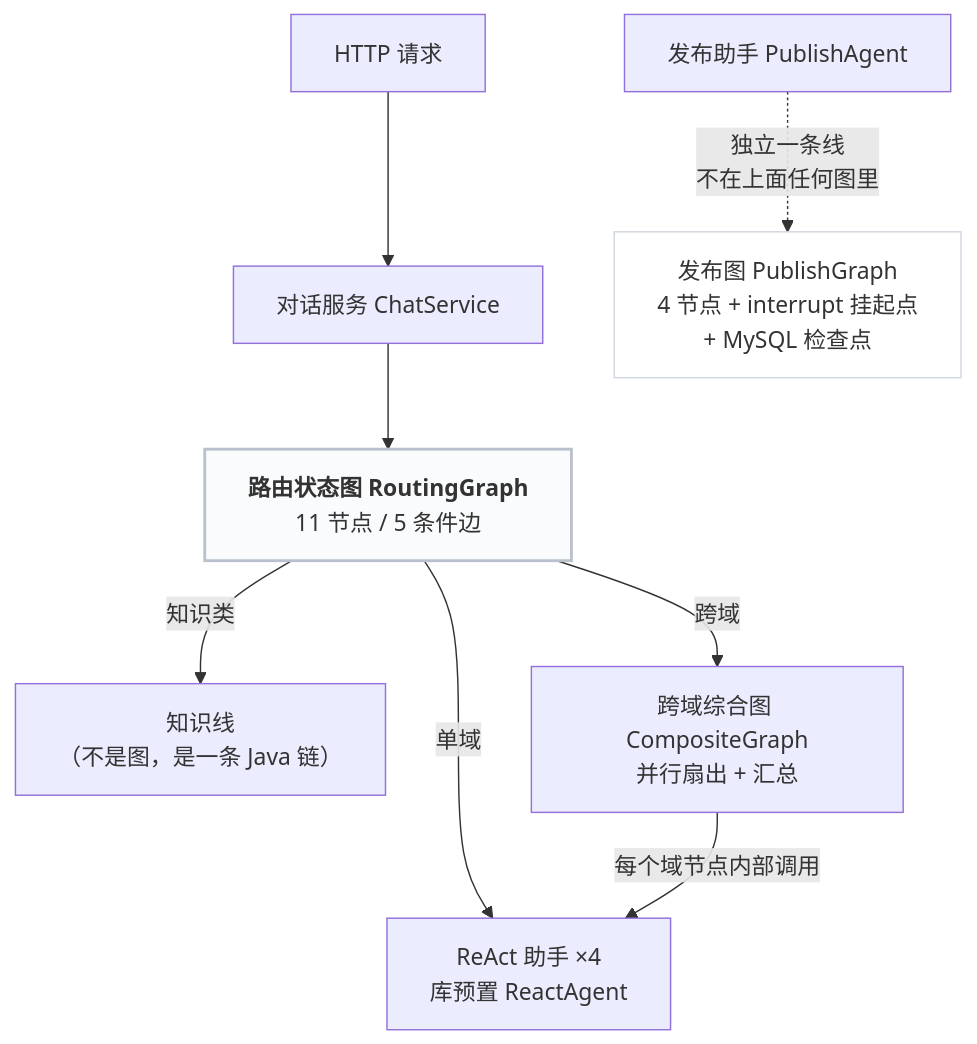
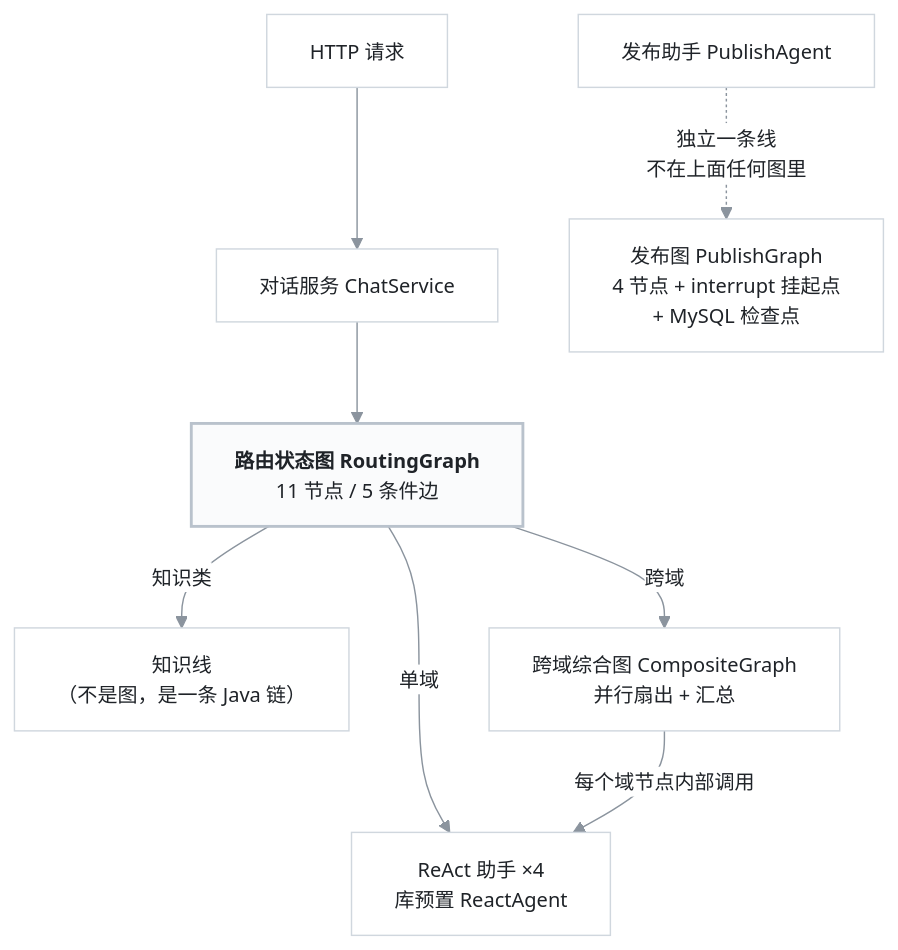
The third of 5 diagrams in docs/架构图.md (Melody022/Helper-agent), drawn with Mermaid before and after one commit. The commit also changed other lines of this file and 1 other file, not shown here.

First line of the commit message:
修 Mermaid 黑底黑字：主题写死成浅色 + 显式指定文字颜色

````diff
--- a/docs/架构图.md
+++ b/docs/架构图.md
@@ -119,17 +121,18 @@
 ```mermaid
+%%{init: {'theme':'base','themeVariables':{'primaryColor':'#ffffff','primaryTextColor':'#1f2328','primaryBorderColor':'#d0d7de','lineColor':'#8b949e','secondaryColor':'#ffffff','tertiaryColor':'#ffffff','textColor':'#1f2328','fontSize':'14px'}}}%%
 flowchart TD
     HTTP["HTTP 请求"] --> CS["对话服务 ChatService"]
     CS --> RG["<b>路由状态图 RoutingGraph</b><br/>11 节点 / 5 条件边"]
 
     RG -->|"知识类"| KL["知识线<br/>（不是图，是一条 Java 链）"]
     RG -->|"跨域"| CG["跨域综合图 CompositeGraph<br/>并行扇出 + 汇总"]
     RG -->|"单域"| RA["ReAct 助手 ×4<br/>库预置 ReactAgent"]
 
     CG -->|"每个域节点内部调用"| RA
 
     PG["发布图 PublishGraph<br/>4 节点 + interrupt 挂起点<br/>+ MySQL 检查点"]
     PA["发布助手 PublishAgent"] -.->|"独立一条线<br/>不在上面任何图里"| PG
 
-    style RG fill:#fafbfc,stroke:#b9c2cc,stroke-width:2px
-    style PG fill:#ffffff,stroke:#d0d7de
+    style RG fill:#fafbfc,stroke:#b9c2cc,stroke-width:2px,color:#1f2328
+    style PG fill:#ffffff,stroke:#d0d7de,color:#1f2328
 ```
````
